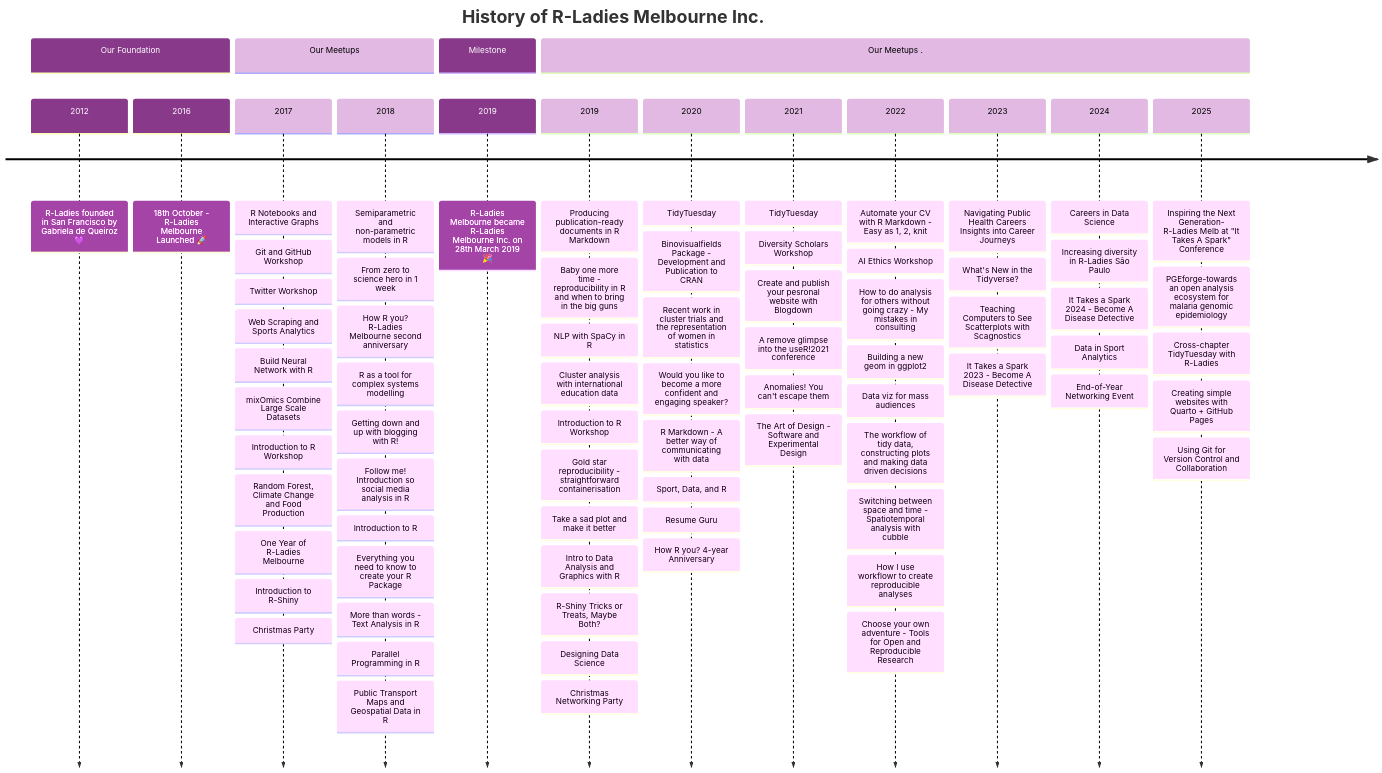
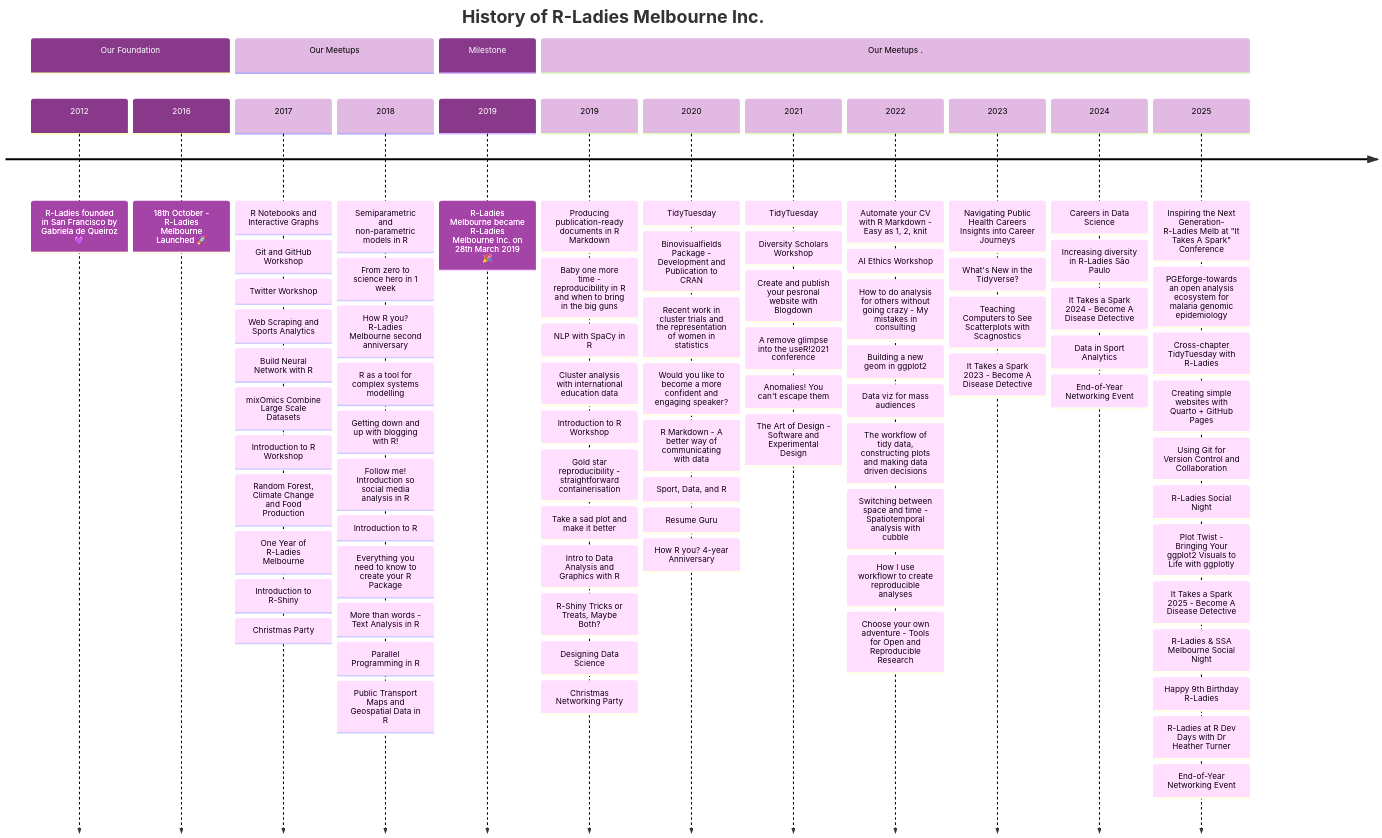
Before and after one commit to R-LadiesMelbourne/r-ladiesmelbourne.github.io: the diagram in timeline.qmd, drawn with Mermaid. The commit also changed other lines of this file and 71 other files, not shown here.

````diff
--- a/timeline.qmd
+++ b/timeline.qmd
@@ -95,4 +95,10 @@
          : Cross-chapter TidyTuesday with R-Ladies
          : Creating simple websites with Quarto + GitHub Pages
          : Using Git for Version Control and Collaboration
+         : R-Ladies Social Night
+         : Plot Twist - Bringing Your ggplot2 Visuals to Life with ggplotly
+         : It Takes a Spark 2025 - Become A Disease Detective
+         : R-Ladies & SSA Melbourne Social Night: Happy 9th Birthday R-Ladies
+         : R-Ladies at R Dev Days with Dr Heather Turner
+         : End-of-Year Networking Event 
 ```
````
